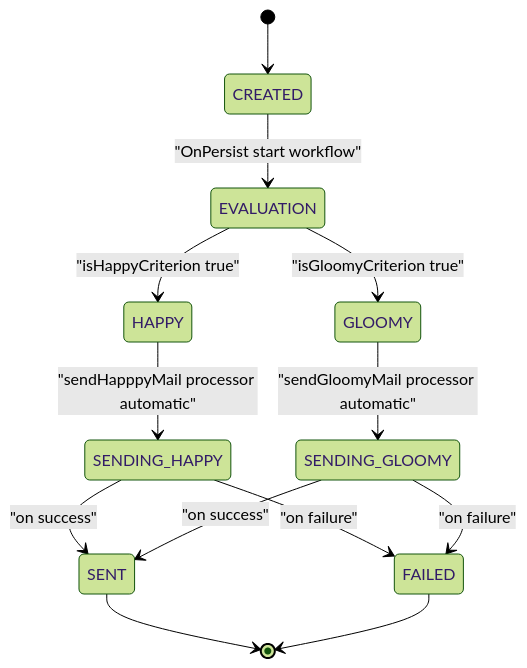
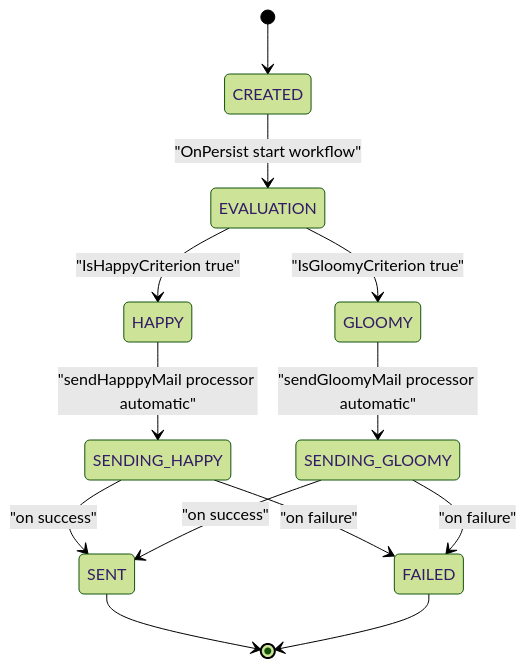
Before and after one commit to Cyoda-platform/java-client-template: the diagram in src/main/java/com/java_template/prototype/functional_requirement.md, drawn with Mermaid (forest theme). The commit also changed other lines of this file, not shown here.

````diff
--- a/src/main/java/com/java_template/prototype/functional_requirement.md
+++ b/src/main/java/com/java_template/prototype/functional_requirement.md
@@ -43,15 +57,15 @@
 ```mermaid
 stateDiagram-v2
     [*] --> CREATED
     CREATED --> EVALUATION : "OnPersist start workflow"
-    EVALUATION --> HAPPY : "isHappyCriterion true"
-    EVALUATION --> GLOOMY : "isGloomyCriterion true"
+    EVALUATION --> HAPPY : "IsHappyCriterion true"
+    EVALUATION --> GLOOMY : "IsGloomyCriterion true"
     HAPPY --> SENDING_HAPPY : "sendHapppyMail processor automatic"
     GLOOMY --> SENDING_GLOOMY : "sendGloomyMail processor automatic"
     SENDING_HAPPY --> SENT : "on success"
     SENDING_GLOOMY --> SENT : "on success"
     SENDING_HAPPY --> FAILED : "on failure"
     SENDING_GLOOMY --> FAILED : "on failure"
     SENT --> [*]
     FAILED --> [*]
 ```
````
